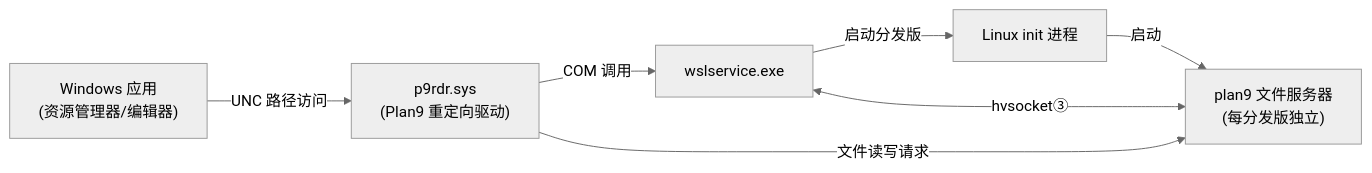
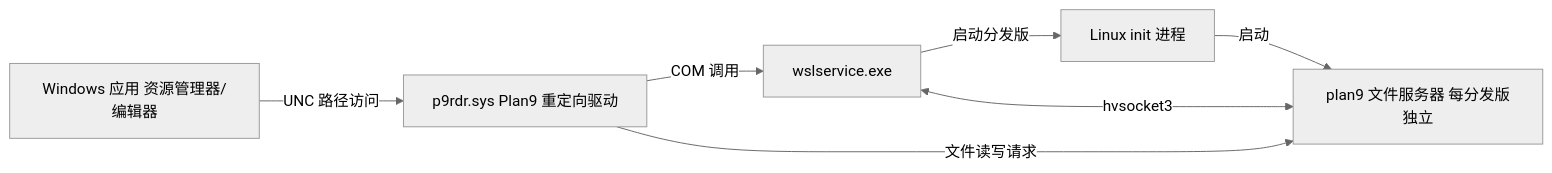
One commit to xinetzone/SpecWeave changed the first of 3 diagrams in .agents/docs/knowledge/learning/08-systems-infrastructure/wsl-wiki/05-filesystem-interop.md. Above: the diagram before and after it, drawn with Mermaid (neutral theme). The commit also changed other lines of this file and 4 other files, not shown here.

Commit message:
fix(diagrams): 修复Mermaid图表VS Code预览渲染失败——移除br标签、带圈数字、特殊符号，统一节点引号格式[prevent: mermaid-syntax-check]

````diff
--- a/.agents/docs/knowledge/learning/08-systems-infrastructure/wsl-wiki/05-filesystem-interop.md
+++ b/.agents/docs/knowledge/learning/08-systems-infrastructure/wsl-wiki/05-filesystem-interop.md
@@ -48,9 +48,9 @@
 ```mermaid
 flowchart LR
-    A["Windows 应用<br/>(资源管理器/编辑器)"] -->|UNC 路径访问| B["p9rdr.sys<br/>(Plan9 重定向驱动)"]
+    A["Windows 应用 资源管理器/编辑器"] -->|UNC 路径访问| B["p9rdr.sys Plan9 重定向驱动"]
     B -->|COM 调用| C["wslservice.exe"]
     C -->|启动分发版| D["Linux init 进程"]
-    D -->|启动| E["plan9 文件服务器<br/>(每分发版独立)"]
-    C <-->|hvsocket③| E
+    D -->|启动| E["plan9 文件服务器 每分发版独立"]
+    C <-->|hvsocket3| E
     B -->|文件读写请求| E
 ```
````
